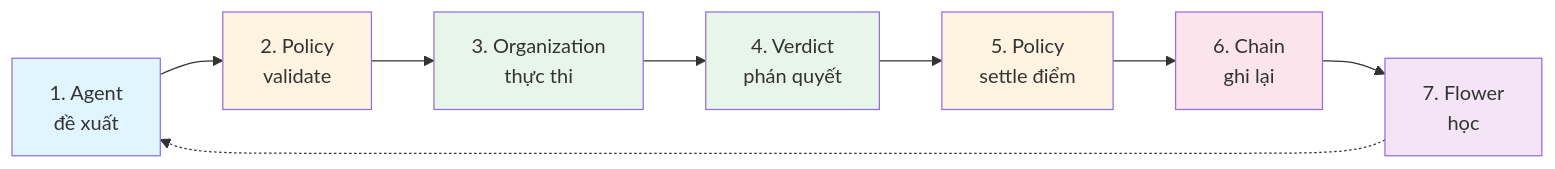
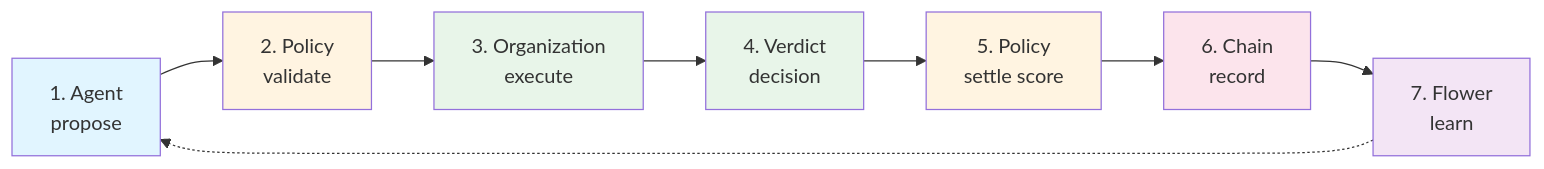
Before and after one commit to doyouwantto2/IE105: the second of 3 diagrams in README.md, drawn with Mermaid. The commit also changed other lines of this file, not shown here.

````diff
--- a/README.md
+++ b/README.md
@@ -36,18 +36,18 @@
 ```mermaid
 flowchart LR
-    S1[1. Agent<br/>đề xuất] --> S2[2. Policy<br/>validate]
-    S2 --> S3[3. Organization<br/>thực thi]
-    S3 --> S4[4. Verdict<br/>phán quyết]
-    S4 --> S5[5. Policy<br/>settle điểm]
-    S5 --> S6[6. Chain<br/>ghi lại]
-    S6 --> S7[7. Flower<br/>học]
+    S1[1. Agent<br/>propose] --> S2[2. Policy<br/>validate]
+    S2 --> S3[3. Organization<br/>execute]
+    S3 --> S4[4. Verdict<br/>decision]
+    S4 --> S5[5. Policy<br/>settle score]
+    S5 --> S6[6. Chain<br/>record]
+    S6 --> S7[7. Flower<br/>learn]
     S7 -.-> S1
 
     style S1 fill:#e1f5ff
     style S2 fill:#fff4e1
     style S3 fill:#e8f5e9
     style S4 fill:#e8f5e9
     style S5 fill:#fff4e1
     style S6 fill:#fce4ec
     style S7 fill:#f3e5f5
 ```
````
